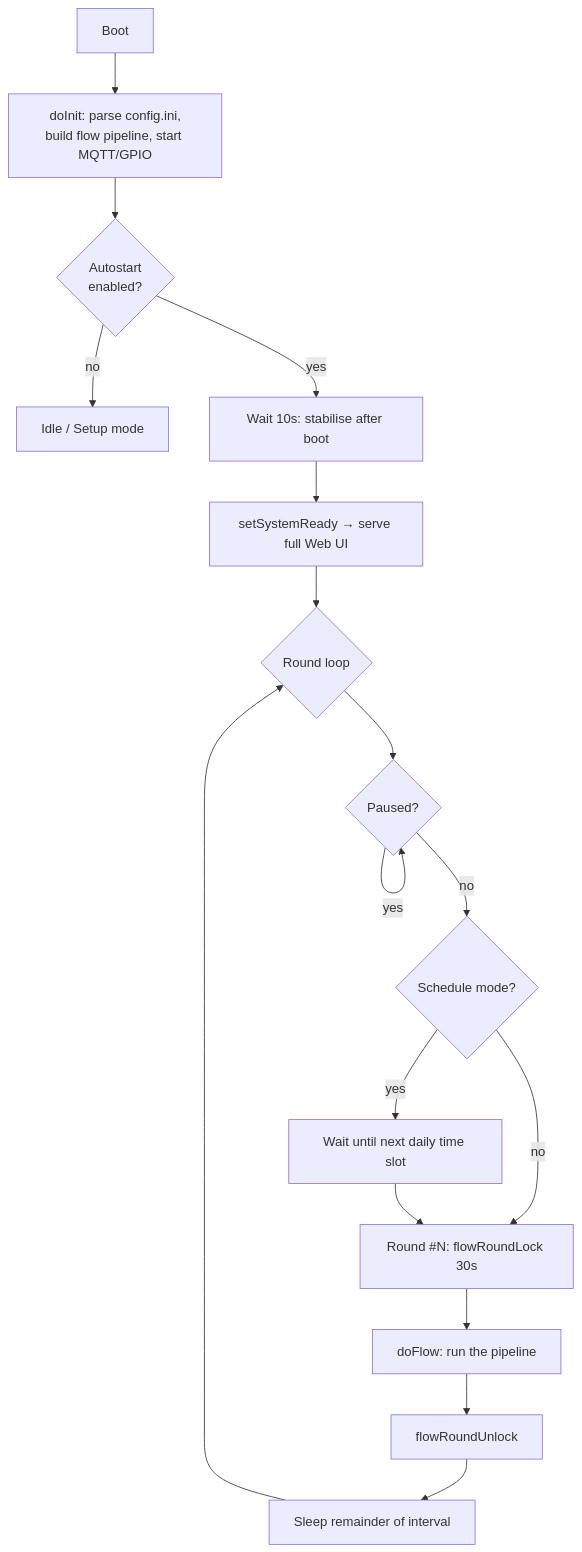
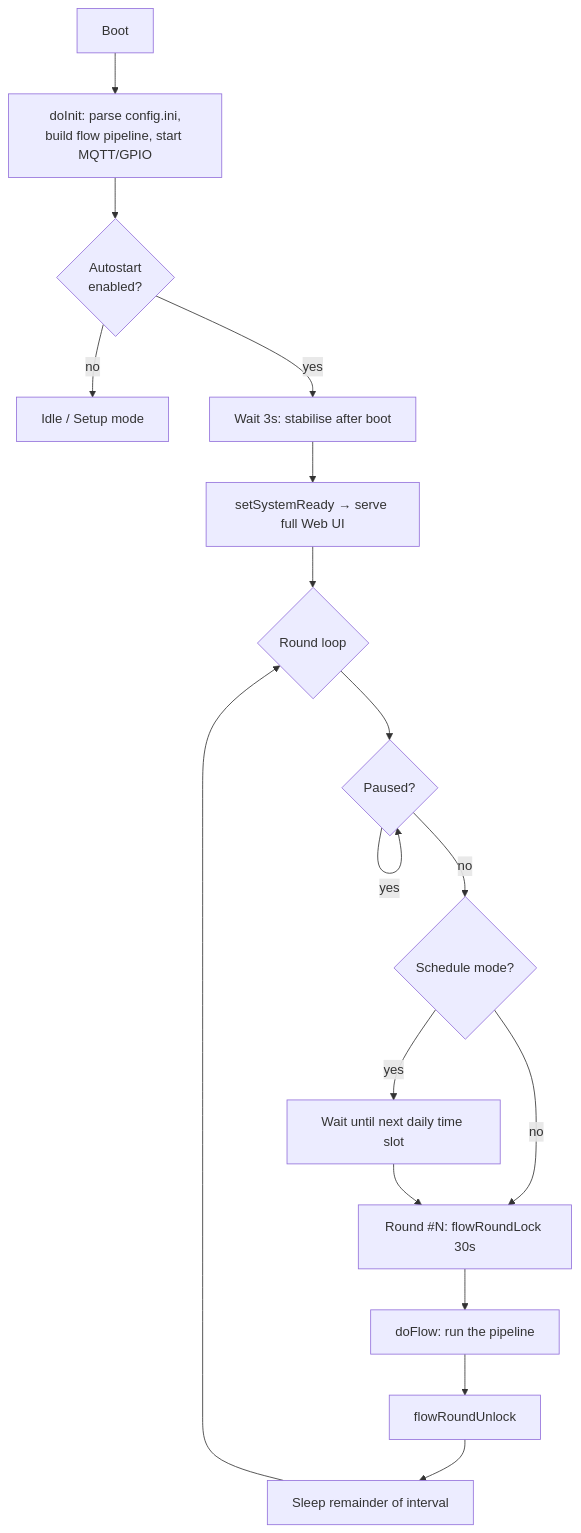
The first of 3 diagrams in docs/PROCESS-FLOW.md (pwsh/AI-on-the-edge-device), drawn with Mermaid before and after one commit. The commit also changed other lines of this file and 3 other files, not shown here.

````diff
--- a/docs/PROCESS-FLOW.md
+++ b/docs/PROCESS-FLOW.md
@@ -20,19 +20,19 @@
 ```mermaid
 flowchart TD
     A[Boot] --> B[doInit: parse config.ini,<br/>build flow pipeline, start MQTT/GPIO]
     B --> C{Autostart<br/>enabled?}
     C -- no --> Z[Idle / Setup mode]
-    C -- yes --> D[Wait 10s: stabilise after boot]
+    C -- yes --> D[Wait 3s: stabilise after boot]
     D --> E[setSystemReady → serve full Web UI]
     E --> L{Round loop}
     L --> P{Paused?}
     P -- yes --> P
     P -- no --> S{Schedule mode?}
     S -- yes --> SW[Wait until next daily time slot]
     S -- no --> R
     SW --> R[Round #N: flowRoundLock 30s]
     R --> F[doFlow: run the pipeline]
     F --> U[flowRoundUnlock]
     U --> W[Sleep remainder of interval]
     W --> L
 ```
````
